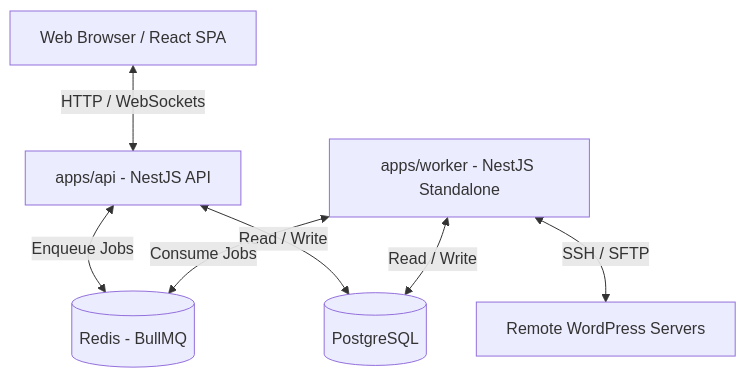
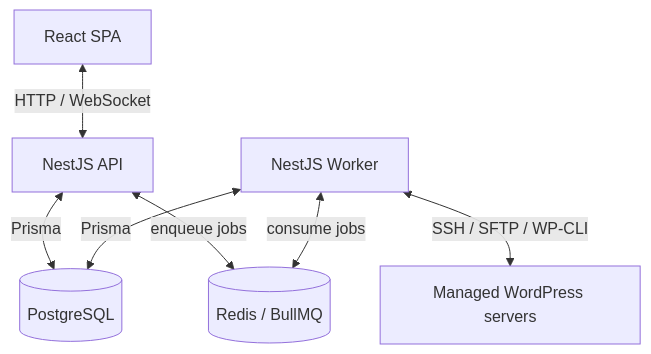
The diagram in docs/guides/ARCHITECTURE.md (satusdev/bedrock-forge), drawn with Mermaid before and after one commit. The commit also changed other lines of this file and 6 other files, not shown here.

Commit message:
refactor: restructure documentation, simplify frontend folder organization, and centralize product boundaries and roadmap references

````diff
--- a/docs/guides/ARCHITECTURE.md
+++ b/docs/guides/ARCHITECTURE.md
@@ -11,9 +14,9 @@
 ```mermaid
 graph TD
-    Client[Web Browser / React SPA] <-->|HTTP / WebSockets| API[apps/api - NestJS API]
-    API <-->|Enqueue Jobs| Redis[(Redis - BullMQ)]
-    API <-->|Read / Write| DB[(PostgreSQL)]
-    Worker[apps/worker - NestJS Standalone] <-->|Consume Jobs| Redis
-    Worker <-->|SSH / SFTP| Servers[Remote WordPress Servers]
-    Worker <-->|Read / Write| DB
+    Browser[React SPA] <-->|HTTP / WebSocket| API[NestJS API]
+    API <-->|Prisma| Postgres[(PostgreSQL)]
+    API <-->|enqueue jobs| Redis[(Redis / BullMQ)]
+    Worker[NestJS Worker] <-->|consume jobs| Redis
+    Worker <-->|Prisma| Postgres
+    Worker <-->|SSH / SFTP / WP-CLI| Remote[Managed WordPress servers]
 ```
````
